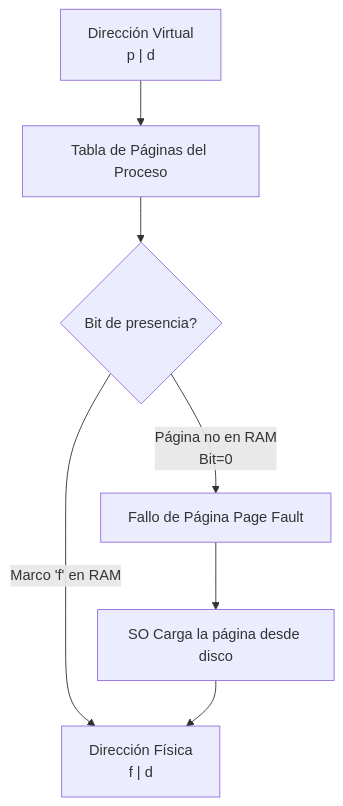
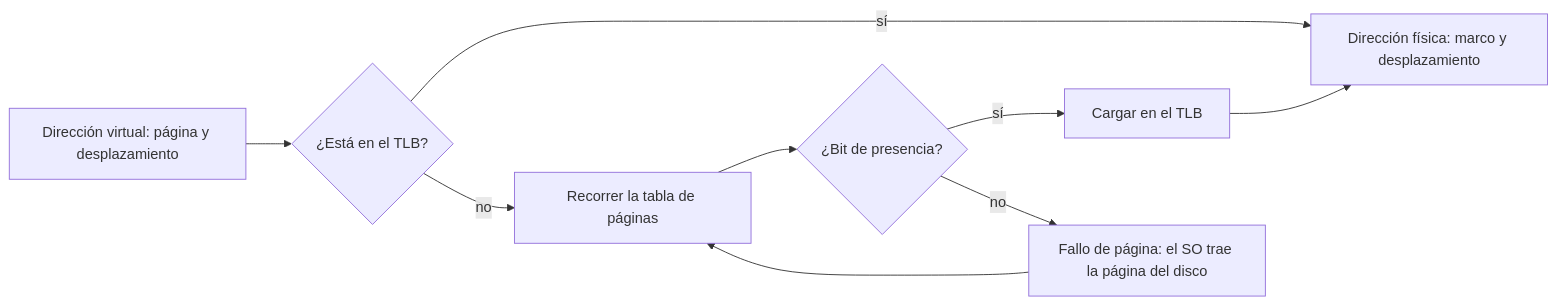
Before and after one commit to djaimej/computer-science-template: the diagram in public/documents/semester-6/3/6341.md, drawn with Mermaid. The commit also changed other lines of this file, not shown here.

````diff
--- a/public/documents/semester-6/3/6341.md
+++ b/public/documents/semester-6/3/6341.md
@@ -82,9 +50,11 @@
 ```mermaid
-flowchart TD
-    A["Dirección Virtual<br>p | d"] --> B[Tabla de Páginas del Proceso]
-    B --> C{Bit de presencia?}
-    C -- Marco 'f' en RAM --> D["Dirección Física<br>f | d"]
-    C -- Página no en RAM<br>Bit=0 --> E[Fallo de Página Page Fault]
-    E --> F[SO Carga la página desde disco]
-    F --> D
+flowchart LR
+    V["Dirección virtual: página y desplazamiento"] --> T{"¿Está en el TLB?"}
+    T -->|"sí"| F["Dirección física: marco y desplazamiento"]
+    T -->|"no"| P["Recorrer la tabla de páginas"]
+    P --> B{"¿Bit de presencia?"}
+    B -->|"sí"| U["Cargar en el TLB"]
+    U --> F
+    B -->|"no"| FP["Fallo de página: el SO trae la página del disco"]
+    FP --> P
 ```
````
